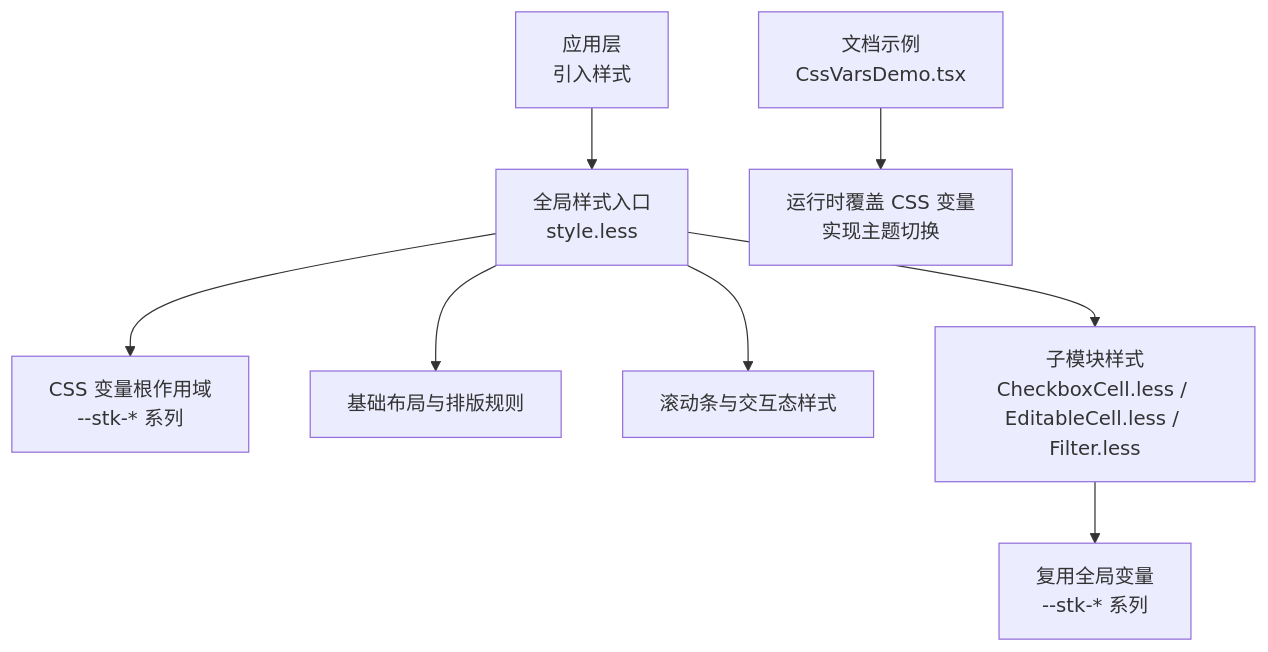
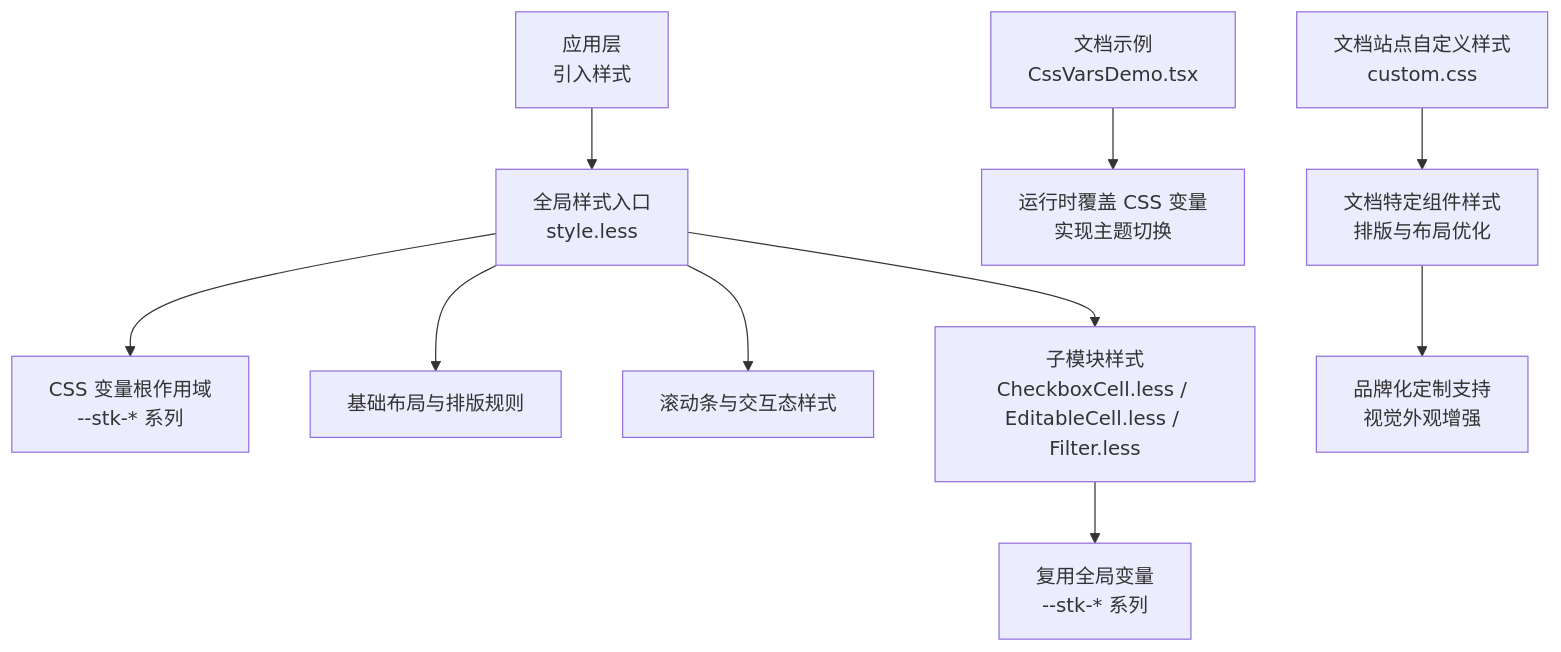
The first of 3 diagrams in .qoder/repowiki/zh/content/自定义与扩展/主题定制.md (ja-plus/stk-table-react), drawn with Mermaid before and after one commit. The commit also changed other lines of this file and 4 other files, not shown here.

````diff
--- a/.qoder/repowiki/zh/content/自定义与扩展/主题定制.md
+++ b/.qoder/repowiki/zh/content/自定义与扩展/主题定制.md
@@ -34,10 +43,12 @@
 ```mermaid
 graph TB
 A["应用层<br/>引入样式"] --> B["全局样式入口<br/>style.less"]
 B --> C["CSS 变量根作用域<br/>--stk-* 系列"]
 B --> D["基础布局与排版规则"]
 B --> E["滚动条与交互态样式"]
 B --> F["子模块样式<br/>CheckboxCell.less / EditableCell.less / Filter.less"]
 F --> G["复用全局变量<br/>--stk-* 系列"]
 H["文档示例<br/>CssVarsDemo.tsx"] --> I["运行时覆盖 CSS 变量<br/>实现主题切换"]
+J["文档站点自定义样式<br/>custom.css"] --> K["文档特定组件样式<br/>排版与布局优化"]
+K --> L["品牌化定制支持<br/>视觉外观增强"]
 ```
````
